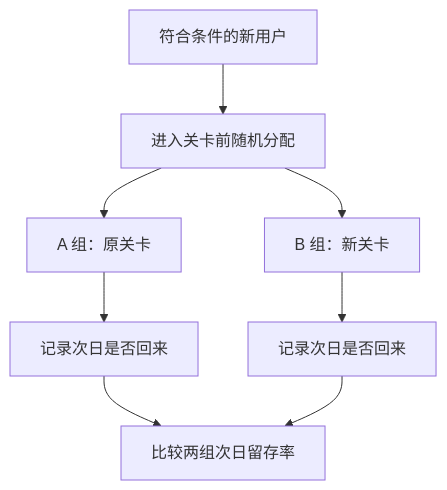
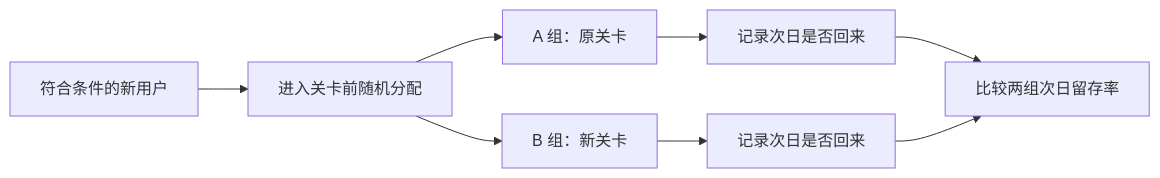
Before and after one commit to wenxin195/wenxin195.github.io: the third of 3 diagrams in _posts/ab test/2026-10-11-what-is-ab-testing.md, drawn with Mermaid. The commit also changed other lines of this file, not shown here.

````diff
--- a/_posts/ab test/2026-10-11-what-is-ab-testing.md
+++ b/_posts/ab test/2026-10-11-what-is-ab-testing.md
@@ -184,10 +148,10 @@
 ```mermaid
-flowchart TD
+flowchart LR
   E["符合条件的新用户"] --> R["进入关卡前随机分配"]
   R --> A["A 组：原关卡"]
   R --> B["B 组：新关卡"]
   A --> YA["记录次日是否回来"]
   B --> YB["记录次日是否回来"]
   YA --> C["比较两组次日留存率"]
   YB --> C
 ```
````
